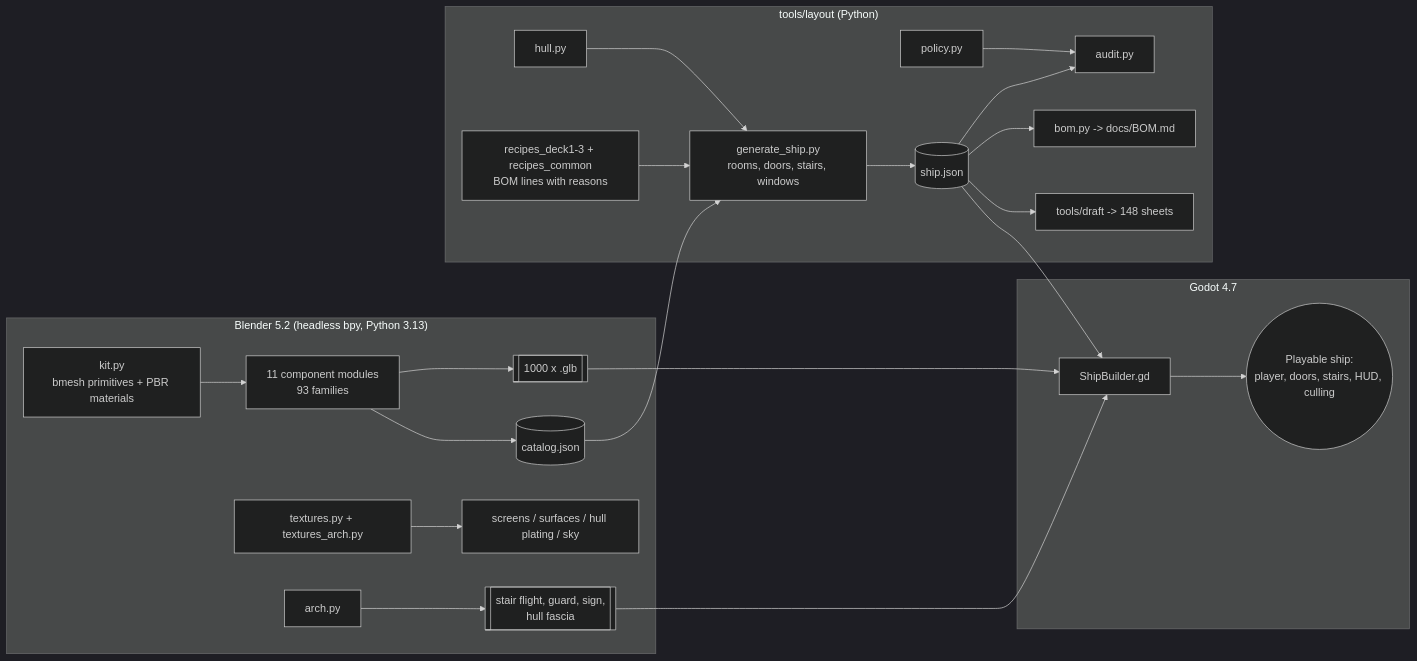
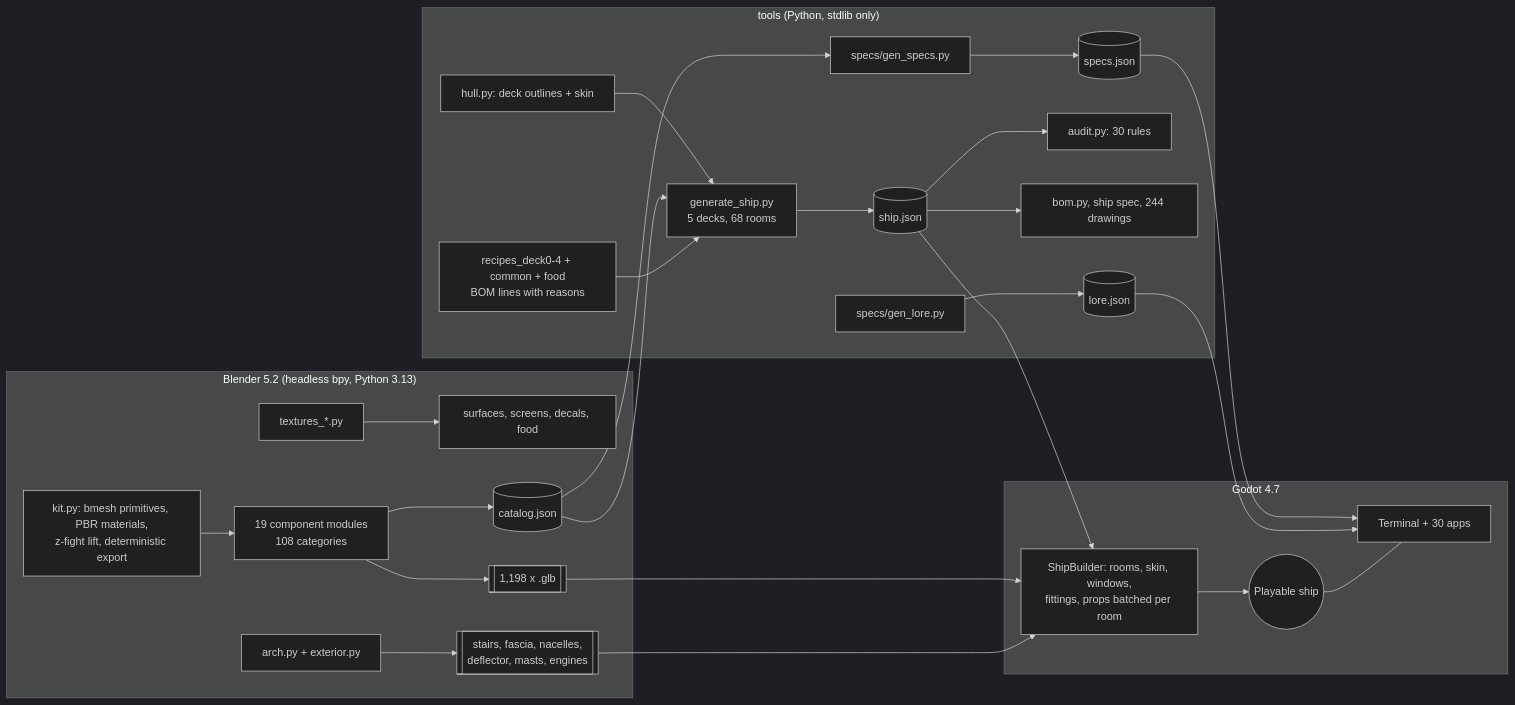
Before and after one commit to jgyy/starshipgo: the fourth of 5 diagrams in README.md, drawn with Mermaid (dark theme). The commit also changed other lines of this file and 3053 other files, not shown here.

First line of the commit message:
Streamlined five-deck starship: flared hull skin, 135 textures, food, interactive screens, specs and lore, 212 more fixed bugs (#3)

````diff
--- a/README.md
+++ b/README.md
@@ -111,26 +172,29 @@
 ```mermaid
 flowchart LR
     subgraph Blender["Blender 5.2 (headless bpy, Python 3.13)"]
-        K[kit.py<br/>bmesh primitives + PBR materials] --> F[11 component modules<br/>93 families]
-        T[textures.py + textures_arch.py] --> S[screens / surfaces / hull plating / sky]
-        F --> G[[1000 x .glb]]
+        K[kit.py: bmesh primitives, PBR materials,<br/>z-fight lift, deterministic export] --> F[19 component modules<br/>108 categories]
+        T[textures_*.py] --> TX[surfaces, screens, decals, food]
+        F --> G[[1,198 x .glb]]
         F --> C[(catalog.json)]
-        A[arch.py] --> AG[[stair flight, guard, sign,<br/>hull fascia]]
+        A[arch.py + exterior.py] --> AG[[stairs, fascia, nacelles,<br/>deflector, masts, engines]]
     end
-    subgraph Layout["tools/layout (Python)"]
-        H[hull.py] --> L
-        C --> L[generate_ship.py<br/>rooms, doors, stairs, windows]
-        R[recipes_deck1-3 + recipes_common<br/>BOM lines with reasons] --> L
-        P[policy.py] --> AU[audit.py]
+    subgraph Layout["tools (Python, stdlib only)"]
+        H[hull.py: deck outlines + skin] --> L
+        C --> L[generate_ship.py<br/>5 decks, 68 rooms]
+        R[recipes_deck0-4 + common + food<br/>BOM lines with reasons] --> L
         L --> J[(ship.json)]
-        J --> AU
-        J --> BOM[bom.py -> docs/BOM.md]
-        J --> DR[tools/draft -> 148 sheets]
+        C --> SP[specs/gen_specs.py] --> SJ[(specs.json)]
+        J --> AU[audit.py: 30 rules]
+        J --> BOM[bom.py, ship spec, 244 drawings]
+        LO[specs/gen_lore.py] --> LJ[(lore.json)]
     end
     subgraph Godot["Godot 4.7"]
-        G --> B[ShipBuilder.gd]
+        G --> B[ShipBuilder: rooms, skin, windows,<br/>fittings, props batched per room]
         AG --> B
         J --> B
-        B --> W((Playable ship:<br/>player, doors, stairs, HUD, culling))
+        B --> W((Playable ship))
+        SJ --> UI[Terminal + 30 apps]
+        LJ --> UI
+        W --- UI
     end
 ```
````
